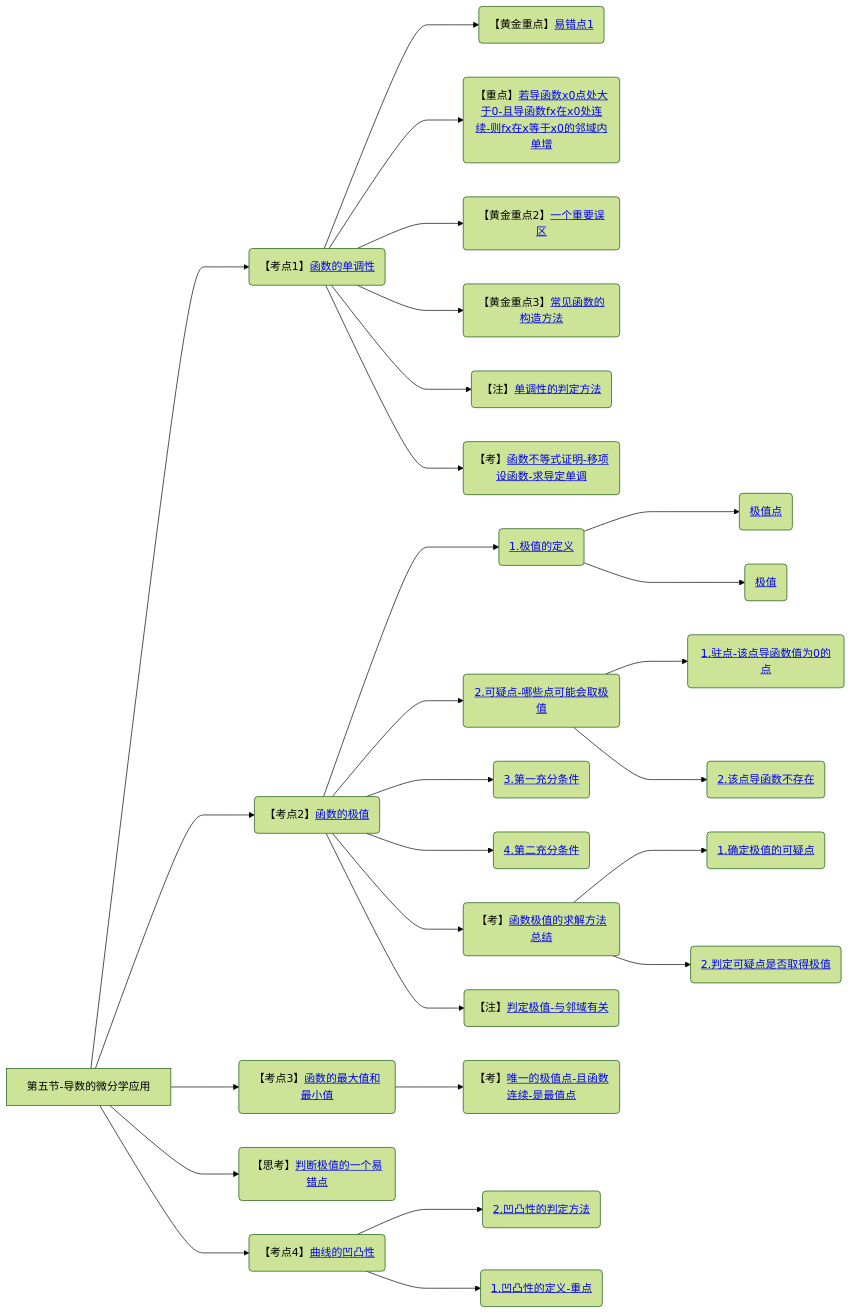
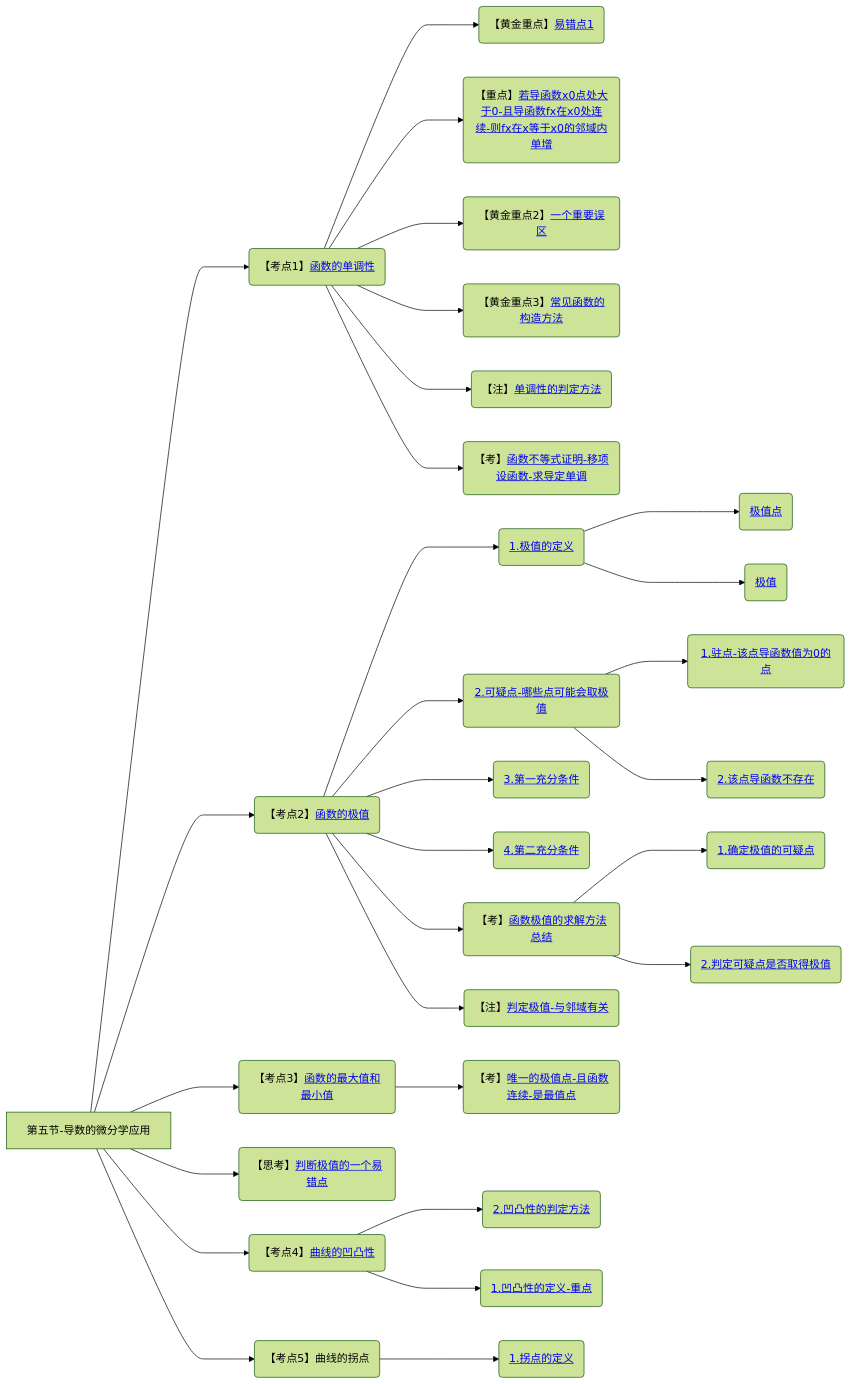
Diagram 15 of 15 in 笔记/数学/周洋鑫/01.基础班思维导图.md (yuebinghui/note), drawn with Mermaid (forest theme) before and after one commit. The commit also changed 12 other files, not shown here.

````diff
--- a/笔记/数学/周洋鑫/01.基础班思维导图.md
+++ b/笔记/数学/周洋鑫/01.基础班思维导图.md
@@ -530,35 +530,38 @@
 ```mermaid
 graph LR
 第五节-导数的微分学应用
 
 第五节-导数的微分学应用--->函数的单调性(【考点1】<a href="/Users/yuebinghui/Documents/program/github/note/笔记/数学/周洋鑫/基础班/15.导数的微分学应用_1.md#函数的单调性">函数的单调性</>)
 函数的单调性--->易错点1(【黄金重点】<a href="/Users/yuebinghui/Documents/program/github/note/笔记/数学/周洋鑫/基础班/15.导数的微分学应用_1.md#易错点1">易错点1</>)
 函数的单调性--->若导函数x0点处大于0-且导函数fx在x0处连续-则fx在x等于x0的邻域内单增(【重点】<a href="/Users/yuebinghui/Documents/program/github/note/笔记/数学/周洋鑫/基础班/15.导数的微分学应用_1.md#若导函数x0点处大于0-且导函数fx在x0处连续-则fx在x等于x0的邻域内单增">若导函数x0点处大于0-且导函数fx在x0处连续-则fx在x等于x0的邻域内单增</>)
 函数的单调性--->一个重要误区(【黄金重点2】<a href="/Users/yuebinghui/Documents/program/github/note/笔记/数学/周洋鑫/基础班/15.导数的微分学应用_1.md#一个重要误区">一个重要误区</>)
 函数的单调性--->常见函数的构造方法(【黄金重点3】<a href="/Users/yuebinghui/Documents/program/github/note/笔记/数学/周洋鑫/基础班/15.导数的微分学应用_1.md#常见函数的构造方法">常见函数的构造方法</>)
 函数的单调性--->单调性的判定方法(【注】<a href="/Users/yuebinghui/Documents/program/github/note/笔记/数学/周洋鑫/基础班/15.导数的微分学应用_1.md#单调性的判定方法">单调性的判定方法</>)
 函数的单调性--->函数不等式证明-移项设函数-求导定单调(【考】<a href="/Users/yuebinghui/Documents/program/github/note/笔记/数学/周洋鑫/基础班/15.导数的微分学应用_1.md#函数不等式证明-移项设函数-求导定单调">函数不等式证明-移项设函数-求导定单调</>)
 
 第五节-导数的微分学应用--->函数的极值(【考点2】<a href="/Users/yuebinghui/Documents/program/github/note/笔记/数学/周洋鑫/基础班/16.导数的微分学应用_2.md#函数的极值">函数的极值</>)
 函数的极值--->1.极值的定义(<a href="/Users/yuebinghui/Documents/program/github/note/笔记/数学/周洋鑫/基础班/16.导数的微分学应用_2.md#1.极值的定义">1.极值的定义</>)
 1.极值的定义--->极值点(<a href="/Users/yuebinghui/Documents/program/github/note/笔记/数学/周洋鑫/基础班/16.导数的微分学应用_2.md#极值点">极值点</>)
 1.极值的定义--->极值(<a href="/Users/yuebinghui/Documents/program/github/note/笔记/数学/周洋鑫/基础班/16.导数的微分学应用_2.md#极值">极值</>)
 函数的极值--->2.可疑点-哪些点可能会取极值(<a href="/Users/yuebinghui/Documents/program/github/note/笔记/数学/周洋鑫/基础班/16.导数的微分学应用_2.md#2.可疑点-哪些点可能会取极值">2.可疑点-哪些点可能会取极值</>)
 2.可疑点-哪些点可能会取极值--->1.驻点-该点导函数值为0的点(<a href="/Users/yuebinghui/Documents/program/github/note/笔记/数学/周洋鑫/基础班/16.导数的微分学应用_2.md#1.驻点-该点导函数值为0的点">1.驻点-该点导函数值为0的点</>)
 2.可疑点-哪些点可能会取极值--->2.该点导函数不存在(<a href="/Users/yuebinghui/Documents/program/github/note/笔记/数学/周洋鑫/基础班/16.导数的微分学应用_2.md#2.该点导函数不存在">2.该点导函数不存在</>)
 函数的极值--->3.第一充分条件(<a href="/Users/yuebinghui/Documents/program/github/note/笔记/数学/周洋鑫/基础班/16.导数的微分学应用_2.md#3.第一充分条件">3.第一充分条件</>)
 函数的极值--->4.第二充分条件(<a href="/Users/yuebinghui/Documents/program/github/note/笔记/数学/周洋鑫/基础班/16.导数的微分学应用_2.md#4.第二充分条件">4.第二充分条件</>)
 函数的极值--->函数极值的求解方法总结(【考】<a href="/Users/yuebinghui/Documents/program/github/note/笔记/数学/周洋鑫/基础班/16.导数的微分学应用_2.md#函数极值的求解方法总结">函数极值的求解方法总结</>)
 函数极值的求解方法总结--->1.确定极值的可疑点(<a href="/Users/yuebinghui/Documents/program/github/note/笔记/数学/周洋鑫/基础班/16.导数的微分学应用_2.md#1.确定极值的可疑点">1.确定极值的可疑点</>)
 函数极值的求解方法总结--->2.判定可疑点是否取得极值(<a href="/Users/yuebinghui/Documents/program/github/note/笔记/数学/周洋鑫/基础班/16.导数的微分学应用_2.md#2.判定可疑点是否取得极值">2.判定可疑点是否取得极值</>)
 函数的极值--->判定极值-与邻域有关(【注】<a href="/Users/yuebinghui/Documents/program/github/note/笔记/数学/周洋鑫/基础班/16.导数的微分学应用_2.md#判定极值-与邻域有关">判定极值-与邻域有关</>)
 
 第五节-导数的微分学应用--->函数的最大值和最小值(【考点3】<a href="/Users/yuebinghui/Documents/program/github/note/笔记/数学/周洋鑫/基础班/16.导数的微分学应用_2.md#函数的最大值和最小值">函数的最大值和最小值</>)
 函数的最大值和最小值--->唯一的极值点-且函数连续-是最值点(【考】<a href="/Users/yuebinghui/Documents/program/github/note/笔记/数学/周洋鑫/基础班/16.导数的微分学应用_2.md#唯一的极值点-且函数连续-是最值点">唯一的极值点-且函数连续-是最值点</>)
 
 第五节-导数的微分学应用--->一个易错点(【思考】<a href="/Users/yuebinghui/Documents/program/github/note/笔记/数学/周洋鑫/基础班/17.导数的微分学应用_3.md#一个易错点">判断极值的一个易错点</>)
 
 第五节-导数的微分学应用--->曲线的凹凸性(【考点4】<a href="/Users/yuebinghui/Documents/program/github/note/笔记/数学/周洋鑫/基础班/17.导数的微分学应用_3.md#曲线的凹凸性">曲线的凹凸性</>)
 曲线的凹凸性--->2.凹凸性的判定方法(<a href="/Users/yuebinghui/Documents/program/github/note/笔记/数学/周洋鑫/基础班/17.导数的微分学应用_3.md#2.凹凸性的判定方法">2.凹凸性的判定方法</>)
 曲线的凹凸性--->1.凹凸性的定义-重点(<a href="/Users/yuebinghui/Documents/program/github/note/笔记/数学/周洋鑫/基础班/17.导数的微分学应用_3.md#1.凹凸性的定义-重点">1.凹凸性的定义-重点</>)
+
+第五节-导数的微分学应用--->曲线的拐点(【考点5】曲线的拐点)
+曲线的拐点--->1.拐点的定义(<a href="/Users/yuebinghui/Documents/program/github/note/笔记/数学/周洋鑫/基础班/17.导数的微分学应用_3.md#1.拐点的定义">1.拐点的定义</>)
 ```
````
